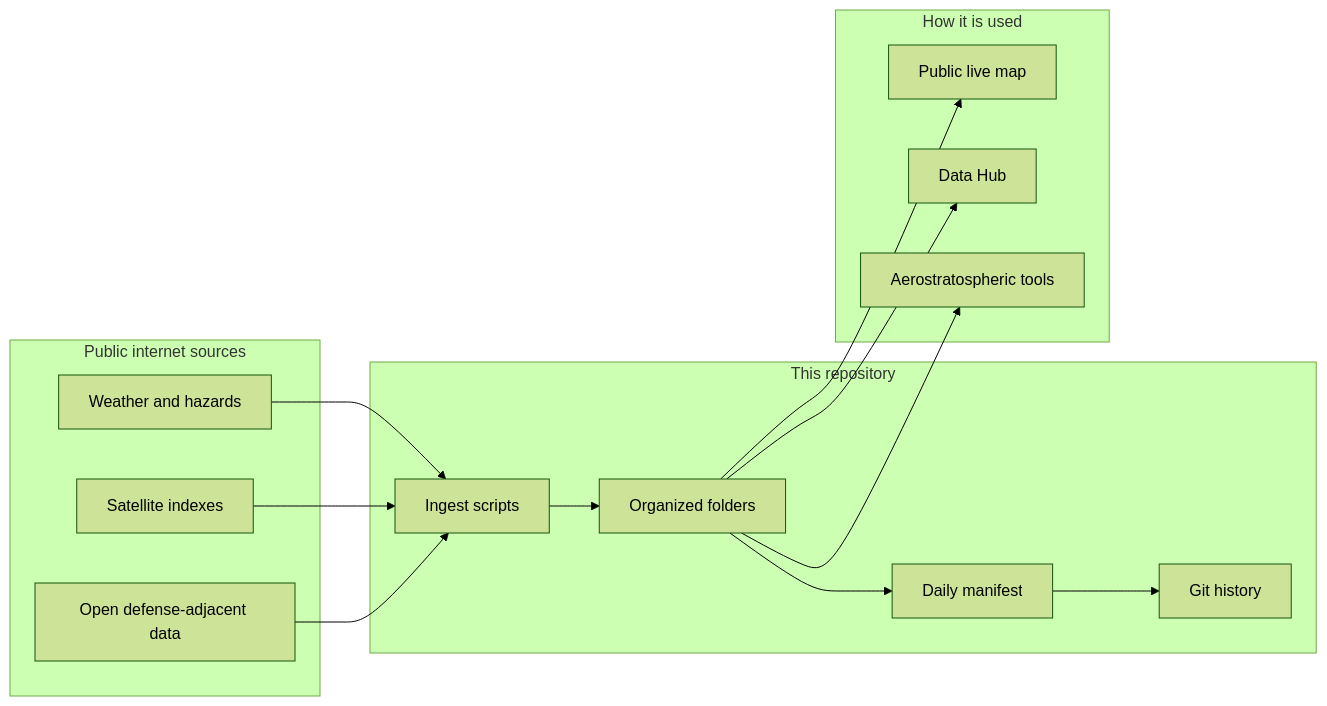
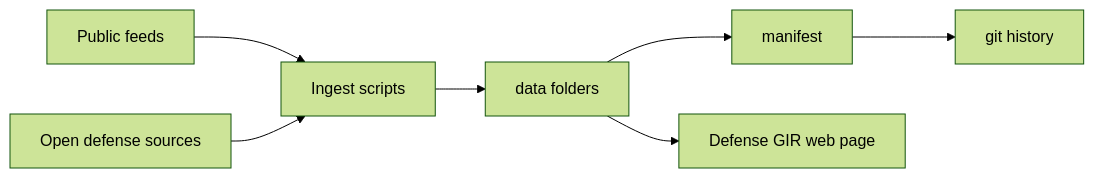
The first of 3 diagrams in README.md (Midwest-Stratospheric/aerostratospheric-defense-gir), drawn with Mermaid (forest theme) before and after one commit. The commit also changed other lines of this file, not shown here.

Commit message:
docs: replace dead PNG graph links with Mermaid markup; add satellite, military-marked, hazards sections

````diff
--- a/README.md
+++ b/README.md
@@ -73,26 +38,9 @@
 ```mermaid
 flowchart LR
-  subgraph Internet["Public internet sources"]
-    A[Weather and hazards]
-    B[Satellite indexes]
-    C[Open defense-adjacent data]
-  end
-  subgraph GIR["This repository"]
-    S[Ingest scripts]
-    D[Organized folders]
-    M[Daily manifest]
-    G[Git history]
-  end
-  subgraph Use["How it is used"]
-    MAP[Public live map]
-    HUB[Data Hub]
-    TEAM[Aerostratospheric tools]
-  end
-  A --> S
-  B --> S
-  C --> S
-  S --> D --> M --> G
-  D --> MAP
-  D --> HUB
-  D --> TEAM
+  A["Public feeds"] --> B["Ingest scripts"]
+  C["Open defense sources"] --> B
+  B --> D["data folders"]
+  D --> E["manifest"]
+  E --> F["git history"]
+  D --> G["Defense GIR web page"]
 ```
````
